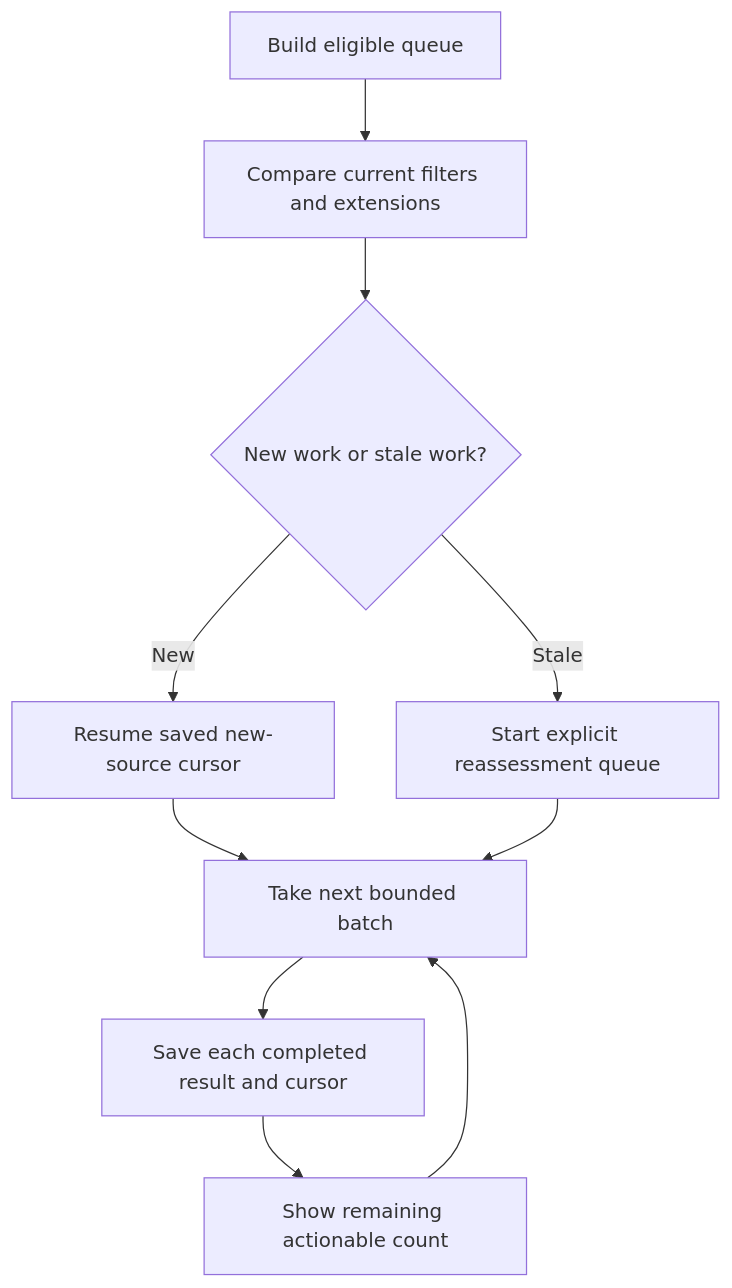
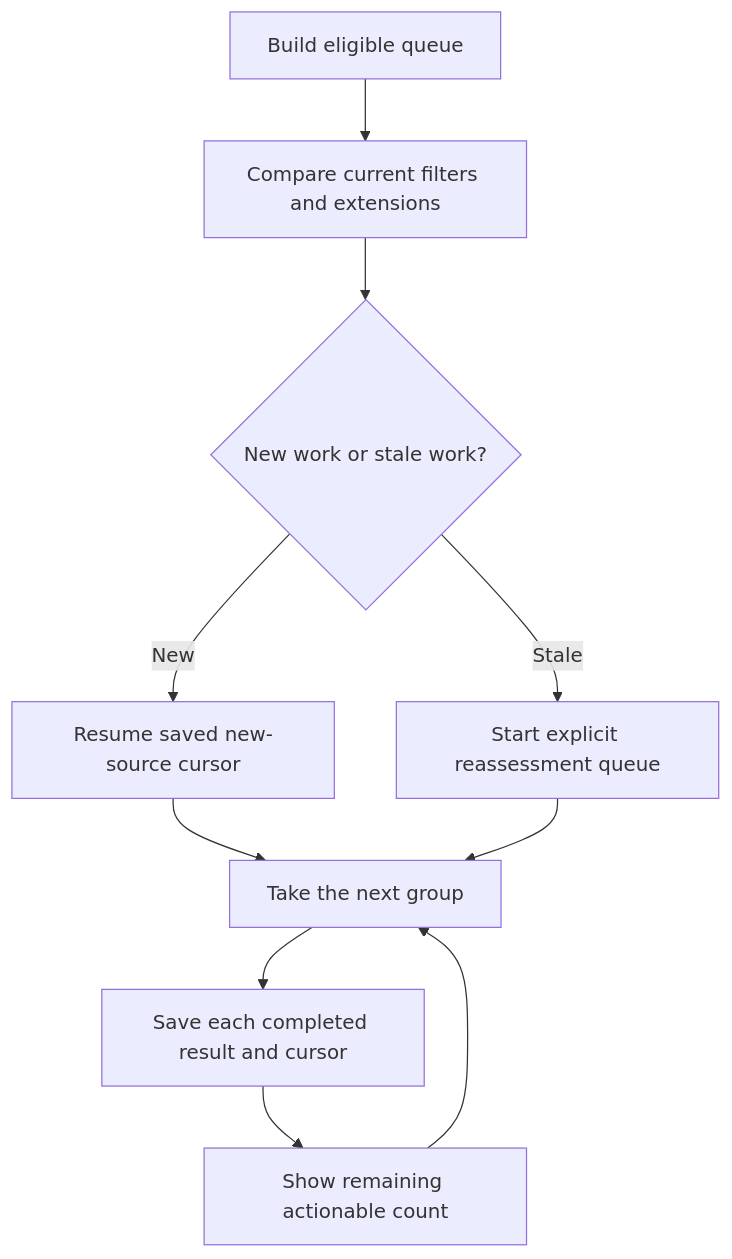
The third of 5 diagrams in docs/kmk/diagrams/source-evaluation.md (FancyCorey/komikku-KMK), drawn with Mermaid before and after one commit. The commit also changed other lines of this file and 23 other files, not shown here.

````diff
--- a/docs/kmk/diagrams/source-evaluation.md
+++ b/docs/kmk/diagrams/source-evaluation.md
@@ -34,12 +34,12 @@
 ```mermaid
 flowchart TD
     Build["Build eligible queue"] --> Fingerprint["Compare current filters and extensions"]
     Fingerprint --> Mode{"New work or stale work?"}
     Mode -->|New| Cursor["Resume saved new-source cursor"]
     Mode -->|Stale| Restart["Start explicit reassessment queue"]
-    Cursor --> Batch["Take next bounded batch"]
+    Cursor --> Batch["Take the next group"]
     Restart --> Batch
     Batch --> Persist["Save each completed result and cursor"]
     Persist --> Remaining["Show remaining actionable count"]
     Remaining --> Batch
 ```
````
